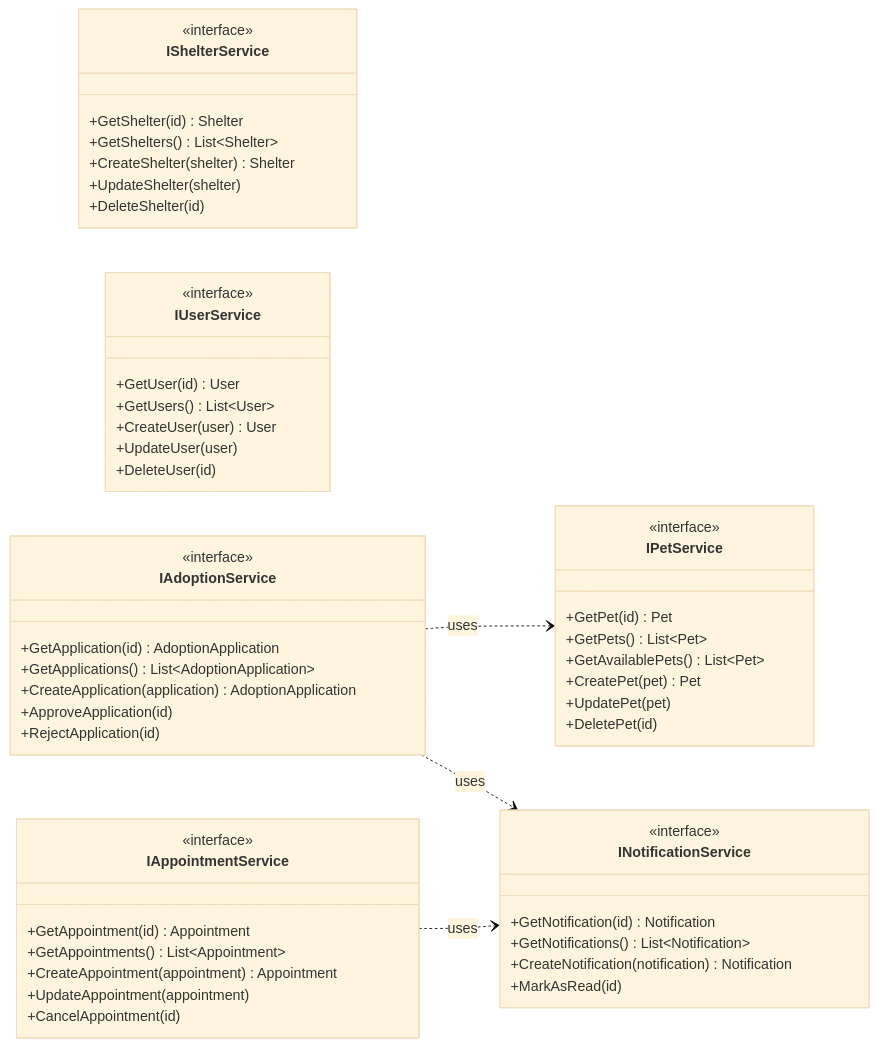
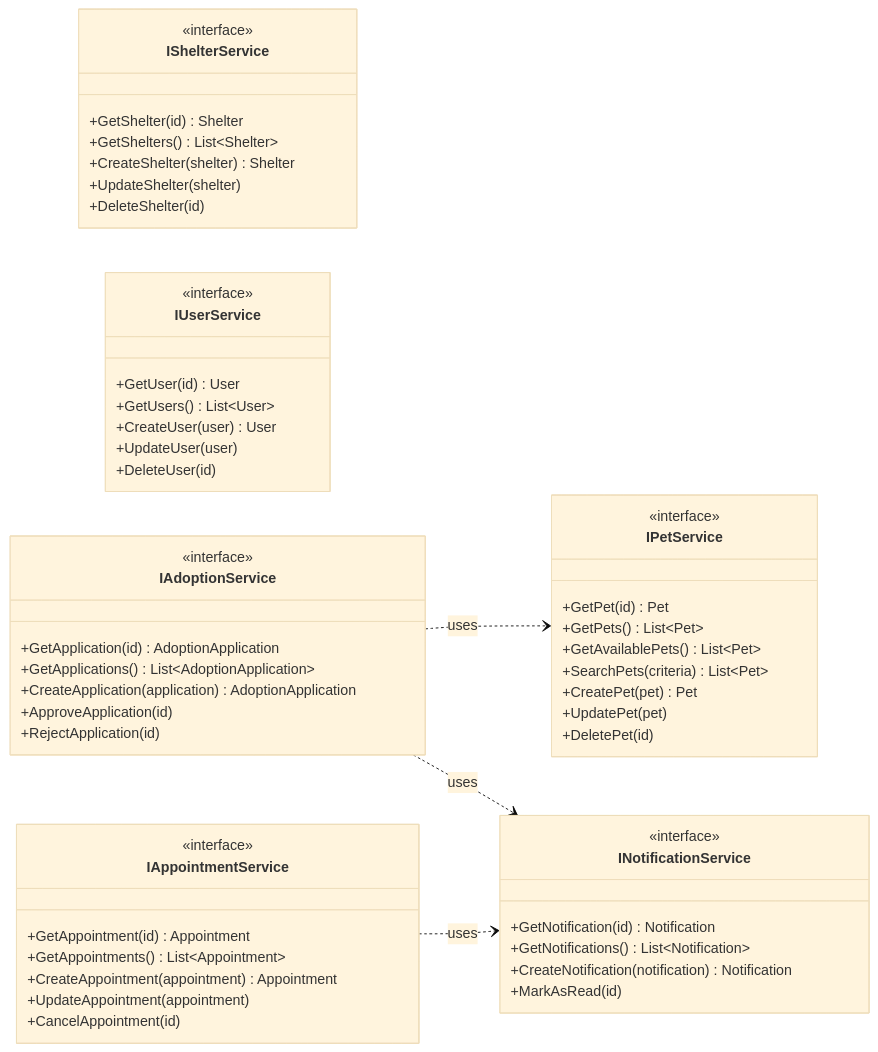
One commit to AidinYaseri/Team-5-Web-Programming changed the diagram in docs/diagrams/services-class-diagram.mmd. Above: the diagram before and after it, drawn with Mermaid (base theme). The commit also changed 12 other files, not shown here.

```diff
--- a/docs/diagrams/services-class-diagram.mmd
+++ b/docs/diagrams/services-class-diagram.mmd
@@ -1,53 +1,54 @@
 classDiagram
     direction LR
     class IPetService {
         <<interface>>
         +GetPet(id) Pet
         +GetPets() List~Pet~
         +GetAvailablePets() List~Pet~
+        +SearchPets(criteria) List~Pet~
         +CreatePet(pet) Pet
         +UpdatePet(pet)
         +DeletePet(id)
     }
     class IShelterService {
         <<interface>>
         +GetShelter(id) Shelter
         +GetShelters() List~Shelter~
         +CreateShelter(shelter) Shelter
         +UpdateShelter(shelter)
         +DeleteShelter(id)
     }
     class IUserService {
         <<interface>>
         +GetUser(id) User
         +GetUsers() List~User~
         +CreateUser(user) User
         +UpdateUser(user)
         +DeleteUser(id)
     }
     class IAdoptionService {
         <<interface>>
         +GetApplication(id) AdoptionApplication
         +GetApplications() List~AdoptionApplication~
         +CreateApplication(application) AdoptionApplication
         +ApproveApplication(id)
         +RejectApplication(id)
     }
     class IAppointmentService {
         <<interface>>
         +GetAppointment(id) Appointment
         +GetAppointments() List~Appointment~
         +CreateAppointment(appointment) Appointment
         +UpdateAppointment(appointment)
         +CancelAppointment(id)
     }
     class INotificationService {
         <<interface>>
         +GetNotification(id) Notification
         +GetNotifications() List~Notification~
         +CreateNotification(notification) Notification
         +MarkAsRead(id)
     }
     IAdoptionService ..> IPetService : uses
     IAdoptionService ..> INotificationService : uses
     IAppointmentService ..> INotificationService : uses
```
